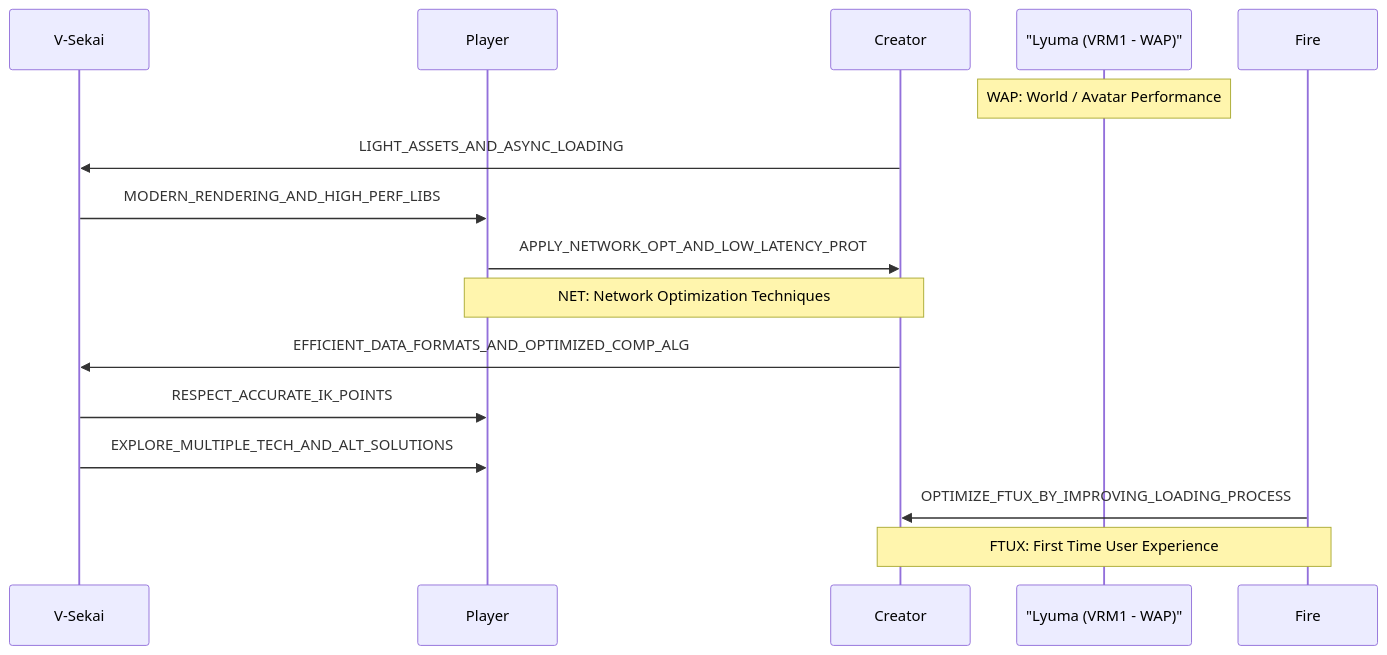
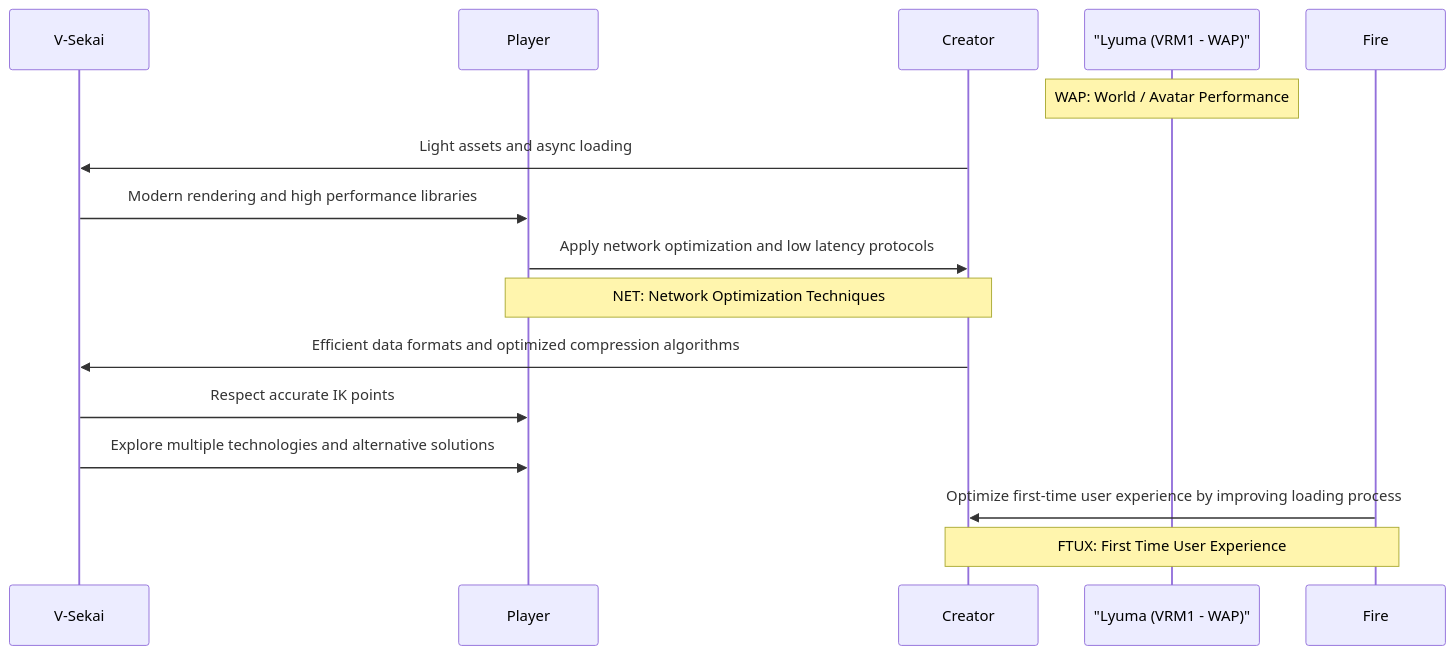
The diagram in decisions/20230618-v-sekai-roadmap.md (V-Sekai/manuals), drawn with Mermaid before and after one commit.

Commit message:
Replace with english prose.

````diff
--- a/decisions/20230618-v-sekai-roadmap.md
+++ b/decisions/20230618-v-sekai-roadmap.md
@@ -23,24 +23,24 @@
 ```mermaid
 sequenceDiagram
     participant V-Sekai
     participant Player
     participant Creator
     participant Lyuma as "Lyuma (VRM1 - WAP)"
     participant Fire
 
     Note over Lyuma: WAP: World / Avatar Performance
 
-    Creator->>V-Sekai: LIGHT_ASSETS_AND_ASYNC_LOADING
-    V-Sekai->>Player: MODERN_RENDERING_AND_HIGH_PERF_LIBS
-    Player->>Creator: APPLY_NETWORK_OPT_AND_LOW_LATENCY_PROT
+    Creator->>V-Sekai: Light assets and async loading
+    V-Sekai->>Player: Modern rendering and high performance libraries
+    Player->>Creator: Apply network optimization and low latency protocols
 
     Note over Player, Creator: NET: Network Optimization Techniques
 
-    Creator->>V-Sekai: EFFICIENT_DATA_FORMATS_AND_OPTIMIZED_COMP_ALG
-    V-Sekai->>Player: RESPECT_ACCURATE_IK_POINTS
-    V-Sekai->>Player: EXPLORE_MULTIPLE_TECH_AND_ALT_SOLUTIONS
-    Fire->>Creator: OPTIMIZE_FTUX_BY_IMPROVING_LOADING_PROCESS
+    Creator->>V-Sekai: Efficient data formats and optimized compression algorithms
+    V-Sekai->>Player: Respect accurate IK points
+    V-Sekai->>Player: Explore multiple technologies and alternative solutions
+    Fire->>Creator: Optimize first-time user experience by improving loading process
 
     Note over Fire, Creator: FTUX: First Time User Experience
 
 ```
````
